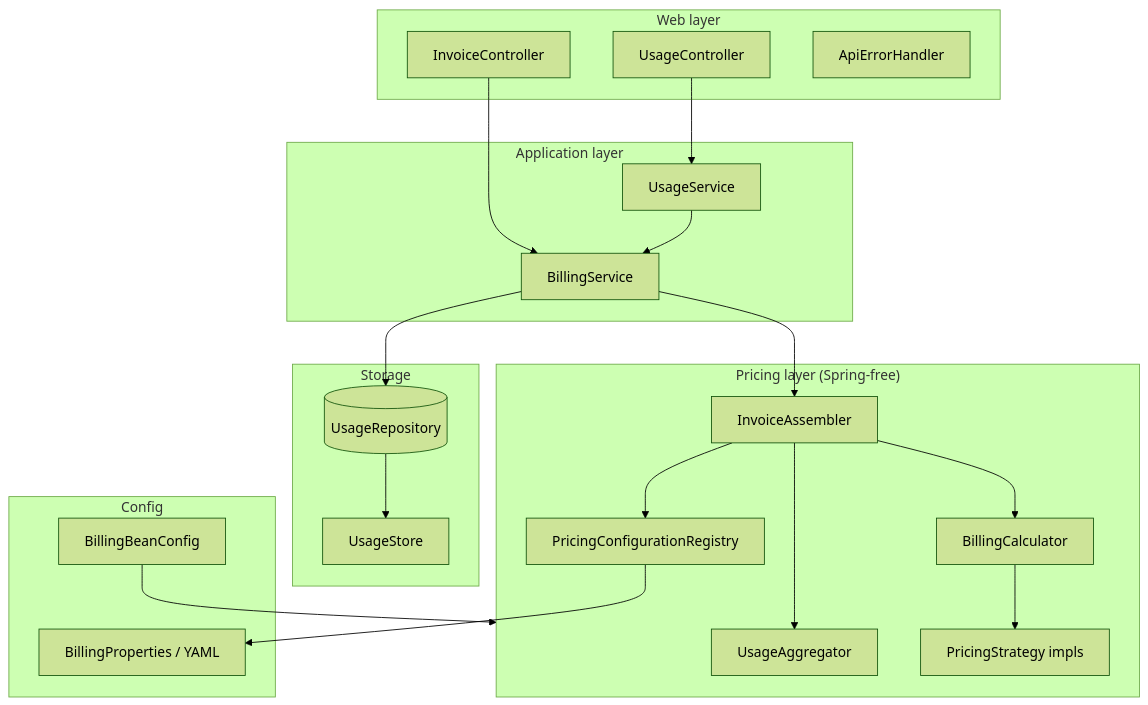
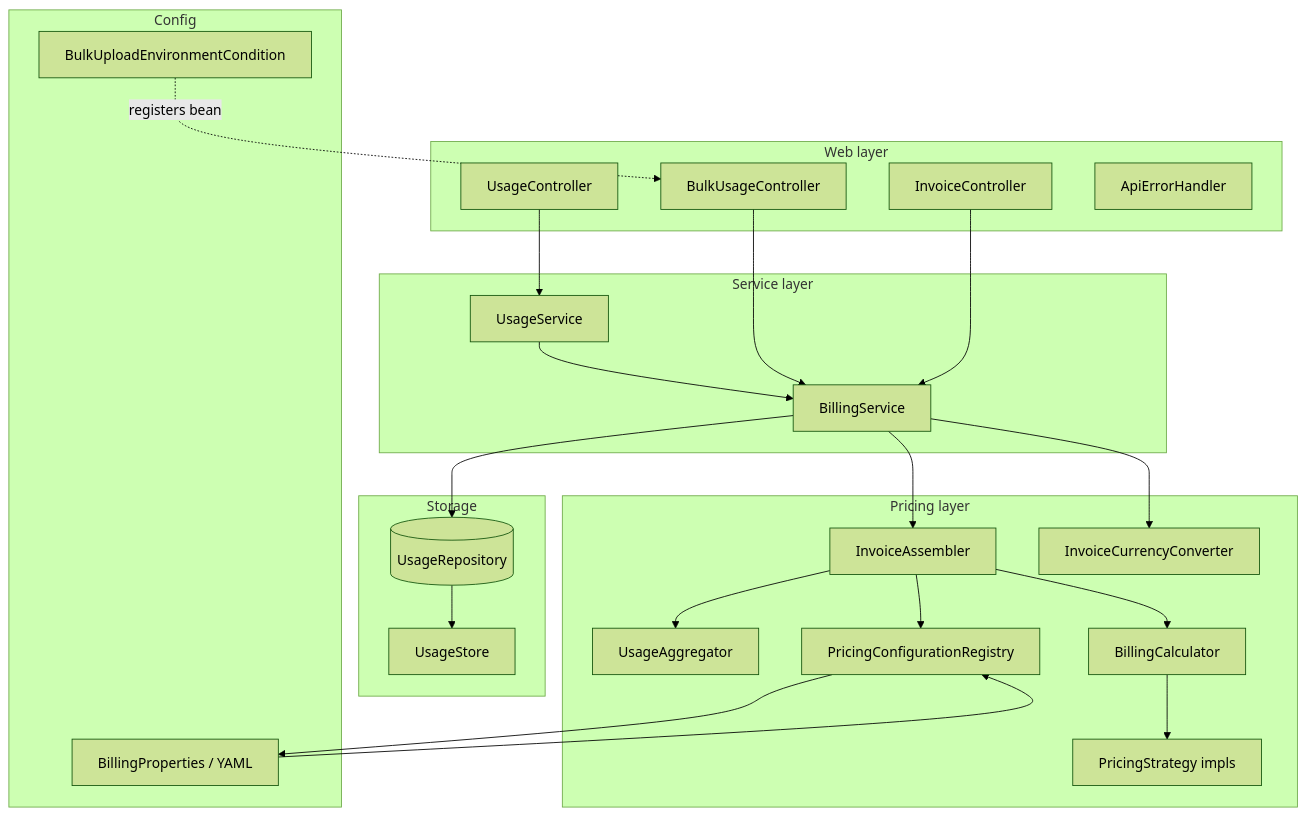
The diagram in ARCHITECTURE.md (mohansai-pujari/usage-billing-service), drawn with Mermaid (forest theme) before and after one commit. The commit also changed other lines of this file and 103 other files, not shown here.

Commit message:
refactored usage based billing

````diff
--- a/ARCHITECTURE.md
+++ b/ARCHITECTURE.md
@@ -17,43 +17,48 @@
 ```mermaid
 flowchart TB
     subgraph web["Web layer"]
         UC[UsageController]
+        BUC[BulkUsageController]
         IC[InvoiceController]
         EH[ApiErrorHandler]
     end
 
-    subgraph service["Application layer"]
+    subgraph service["Service layer"]
         US[UsageService]
         BS[BillingService]
     end
 
-    subgraph pricing["Pricing layer (Spring-free)"]
+    subgraph pricing["Pricing layer"]
         UA[UsageAggregator]
         BC[BillingCalculator]
         IA[InvoiceAssembler]
         PS[PricingStrategy impls]
         PCR[PricingConfigurationRegistry]
+        ICC[InvoiceCurrencyConverter]
     end
 
     subgraph storage["Storage"]
         UR[(UsageRepository)]
         US2[UsageStore]
     end
 
     subgraph config["Config"]
         BP[BillingProperties / YAML]
-        BBC[BillingBeanConfig]
+        BEC[BulkUploadEnvironmentCondition]
     end
 
     UC --> US --> BS
+    BUC --> BS
     IC --> BS
     BS --> UR
     BS --> IA
+    BS --> ICC
     IA --> UA
     IA --> BC
     IA --> PCR
     BC --> PS
     PCR --> BP
     UR --> US2
-    BBC --> pricing
+    BP --> PCR
+    BEC -.->|registers bean| BUC
 ```
````
